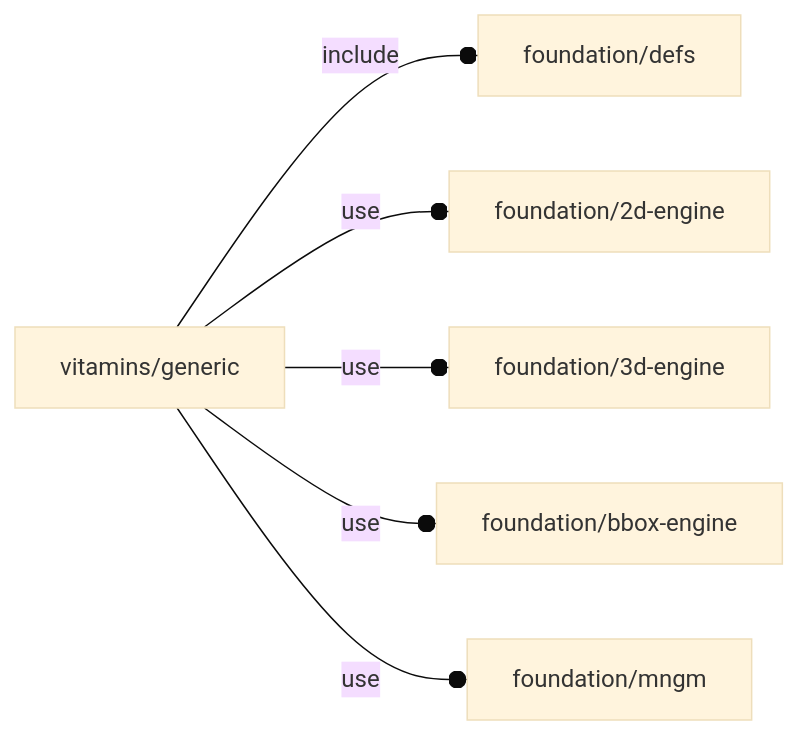
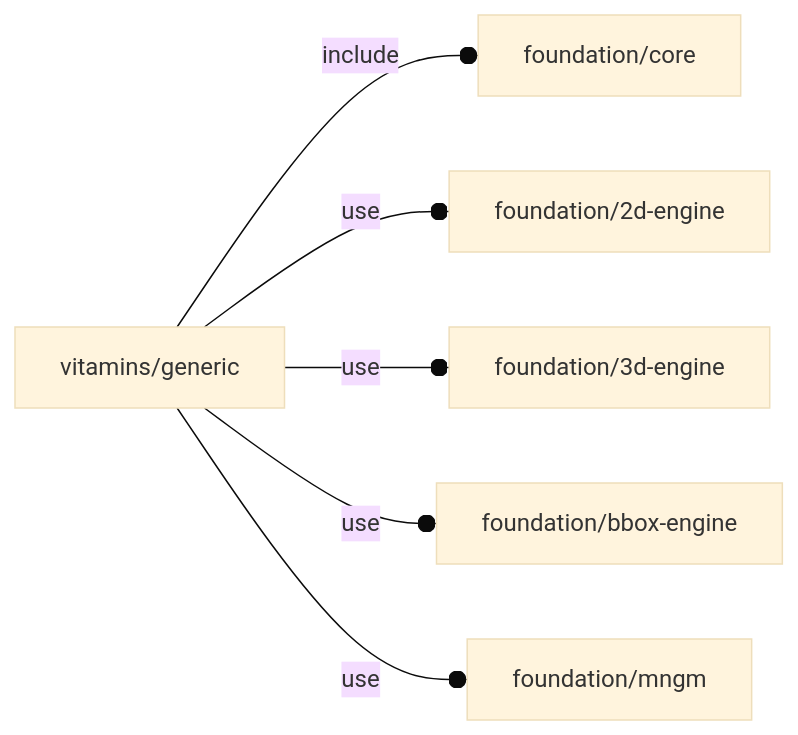
The diagram in orthodocs/vitamins/generic.md (ggabbiani/OFL), drawn with Mermaid (base theme) before and after one commit. The commit also changed 81 other files, not shown here.

Commit message:
foundation/defs.scad renamed as foundation/core.scad

````diff
--- a/orthodocs/vitamins/generic.md
+++ b/orthodocs/vitamins/generic.md
@@ -5,8 +5,8 @@
 ```mermaid
 graph LR
-    A1[vitamins/generic] --o|include| A2[foundation/defs]
+    A1[vitamins/generic] --o|include| A2[foundation/core]
     A1 --o|use| A3[foundation/2d-engine]
     A1 --o|use| A4[foundation/3d-engine]
     A1 --o|use| A5[foundation/bbox-engine]
     A1 --o|use| A6[foundation/mngm]
 ```
````
